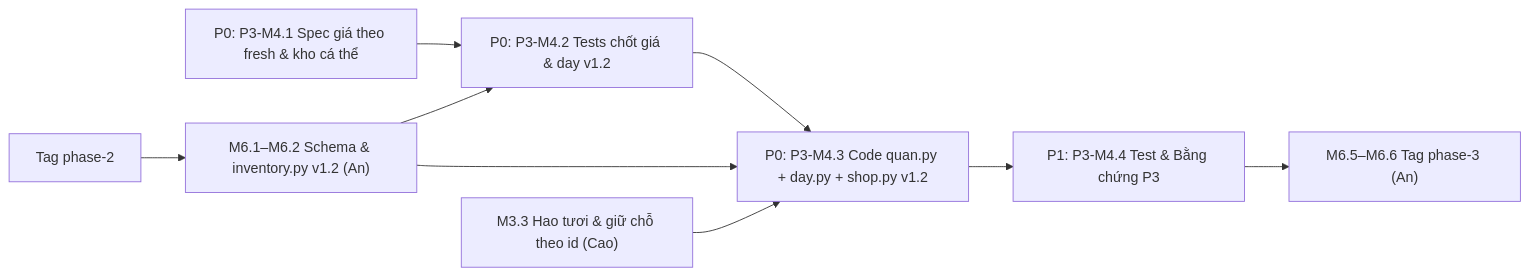
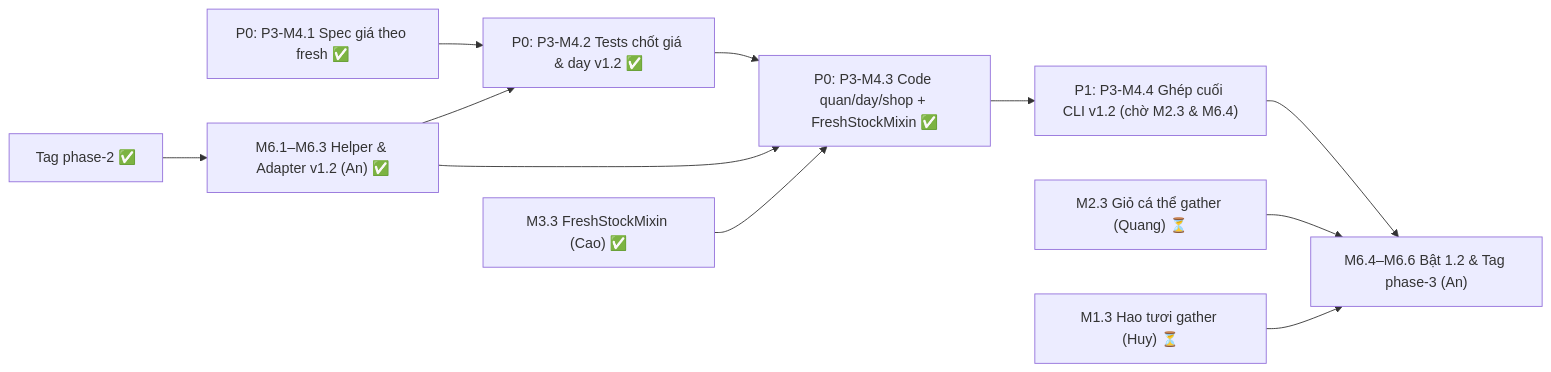
Before and after one commit to VinUni-AI20k/K5-L3B-LAB-Day12-AI-SDLC: the second of 3 diagrams in docs/plan/task-Minh.md, drawn with Mermaid. The commit also changed other lines of this file and 5 other files, not shown here.

Commit message:
Noi quan va day voi FreshStockMixin cua M3 cho Phase 3 v1.2

````diff
--- a/docs/plan/task-Minh.md
+++ b/docs/plan/task-Minh.md
@@ -75,10 +76,12 @@
 ```mermaid
 flowchart LR
-    T2["Tag phase-2"] --> M61["M6.1–M6.2 Schema & inventory.py v1.2 (An)"]
-    P31["P0: P3-M4.1 Spec giá theo fresh & kho cá thể"] --> P32["P0: P3-M4.2 Tests chốt giá & day v1.2"]
+    T2["Tag phase-2 ✅"] --> M61["M6.1–M6.3 Helper & Adapter v1.2 (An) ✅"]
+    P31["P0: P3-M4.1 Spec giá theo fresh ✅"] --> P32["P0: P3-M4.2 Tests chốt giá & day v1.2 ✅"]
     M61 --> P32
-    P32 --> P33["P0: P3-M4.3 Code quan.py + day.py + shop.py v1.2"]
+    P32 --> P33["P0: P3-M4.3 Code quan/day/shop + FreshStockMixin ✅"]
     M61 --> P33
-    M33["M3.3 Hao tươi & giữ chỗ theo id (Cao)"] --> P33
-    P33 --> P34["P1: P3-M4.4 Test & Bằng chứng P3"] --> M65["M6.5–M6.6 Tag phase-3 (An)"]
+    M33["M3.3 FreshStockMixin (Cao) ✅"] --> P33
+    P33 --> P34["P1: P3-M4.4 Ghép cuối CLI v1.2 (chờ M2.3 & M6.4)"] --> M65["M6.4–M6.6 Bật 1.2 & Tag phase-3 (An)"]
+    M23["M2.3 Giỏ cá thể gather (Quang) ⏳"] --> M65
+    M13["M1.3 Hao tươi gather (Huy) ⏳"] --> M65
 ```
````
